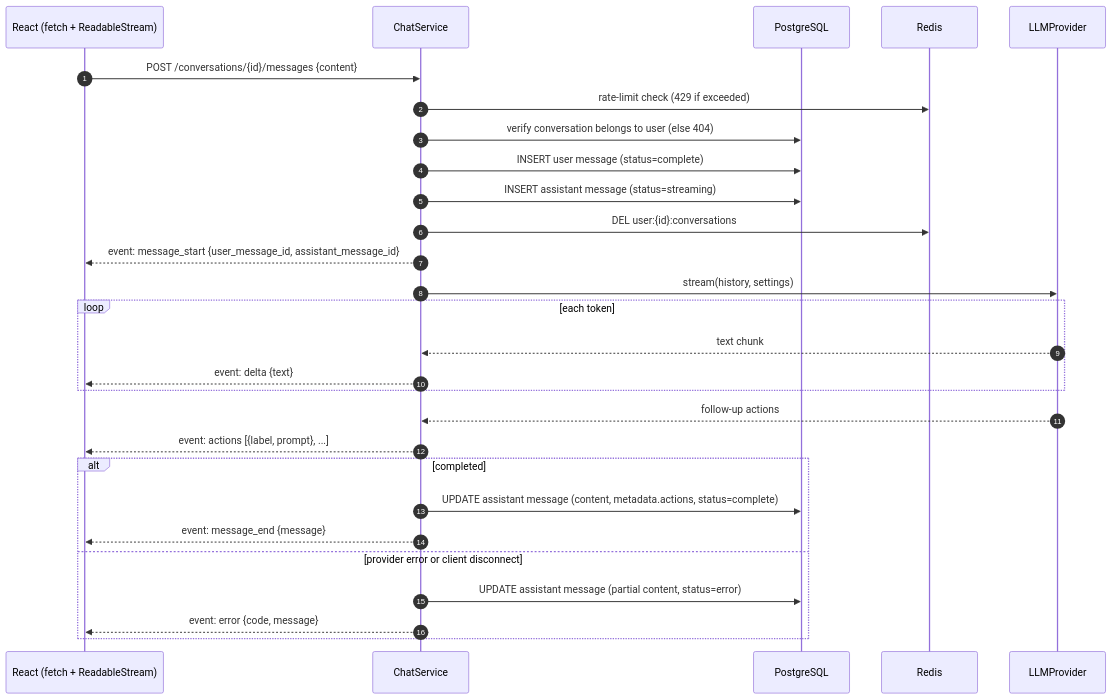
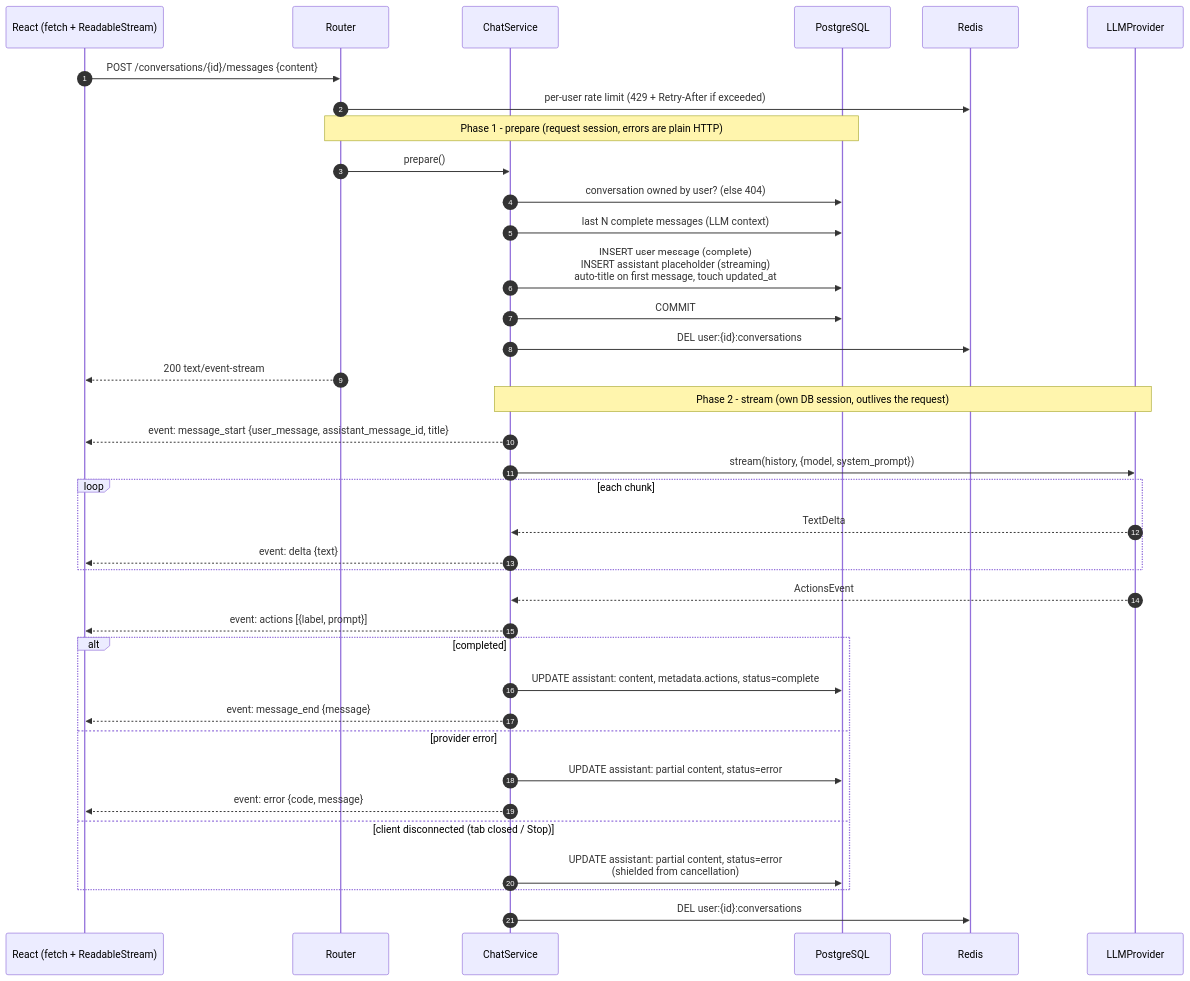
One commit to shravanchk/chatgpt-clone changed the eighth of 10 diagrams in docs/diagrams.md. Above: the diagram before and after it, drawn with Mermaid. The commit also changed 2 other files, not shown here.

Commit message:
docs: streaming design, conversations API, LLM providers, caching and limitations

````diff
--- a/docs/diagrams.md
+++ b/docs/diagrams.md
@@ -248,31 +248,40 @@
 ```mermaid
 sequenceDiagram
     autonumber
     participant FE as React (fetch + ReadableStream)
-    participant API as ChatService
+    participant R as Router
+    participant CS as ChatService
     participant DB as PostgreSQL
     participant RC as Redis
     participant LLM as LLMProvider
 
-    FE->>API: POST /conversations/{id}/messages {content}
-    API->>RC: rate-limit check (429 if exceeded)
-    API->>DB: verify conversation belongs to user (else 404)
-    API->>DB: INSERT user message (status=complete)
-    API->>DB: INSERT assistant message (status=streaming)
-    API->>RC: DEL user:{id}:conversations
-    API-->>FE: event: message_start {user_message_id, assistant_message_id}
-    API->>LLM: stream(history, settings)
-    loop each token
-        LLM-->>API: text chunk
-        API-->>FE: event: delta {text}
+    FE->>R: POST /conversations/{id}/messages {content}
+    R->>RC: per-user rate limit (429 + Retry-After if exceeded)
+    Note over R,DB: Phase 1 - prepare (request session, errors are plain HTTP)
+    R->>CS: prepare()
+    CS->>DB: conversation owned by user? (else 404)
+    CS->>DB: last N complete messages (LLM context)
+    CS->>DB: INSERT user message (complete)<br/>INSERT assistant placeholder (streaming)<br/>auto-title on first message, touch updated_at
+    CS->>DB: COMMIT
+    CS->>RC: DEL user:{id}:conversations
+    R-->>FE: 200 text/event-stream
+    Note over CS,LLM: Phase 2 - stream (own DB session, outlives the request)
+    CS-->>FE: event: message_start {user_message, assistant_message_id, title}
+    CS->>LLM: stream(history, {model, system_prompt})
+    loop each chunk
+        LLM-->>CS: TextDelta
+        CS-->>FE: event: delta {text}
     end
-    LLM-->>API: follow-up actions
-    API-->>FE: event: actions [{label, prompt}, ...]
+    LLM-->>CS: ActionsEvent
+    CS-->>FE: event: actions [{label, prompt}]
     alt completed
-        API->>DB: UPDATE assistant message (content, metadata.actions, status=complete)
-        API-->>FE: event: message_end {message}
-    else provider error or client disconnect
-        API->>DB: UPDATE assistant message (partial content, status=error)
-        API-->>FE: event: error {code, message}
+        CS->>DB: UPDATE assistant: content, metadata.actions, status=complete
+        CS-->>FE: event: message_end {message}
+    else provider error
+        CS->>DB: UPDATE assistant: partial content, status=error
+        CS-->>FE: event: error {code, message}
+    else client disconnected (tab closed / Stop)
+        CS->>DB: UPDATE assistant: partial content, status=error<br/>(shielded from cancellation)
     end
+    CS->>RC: DEL user:{id}:conversations
 ```
````
